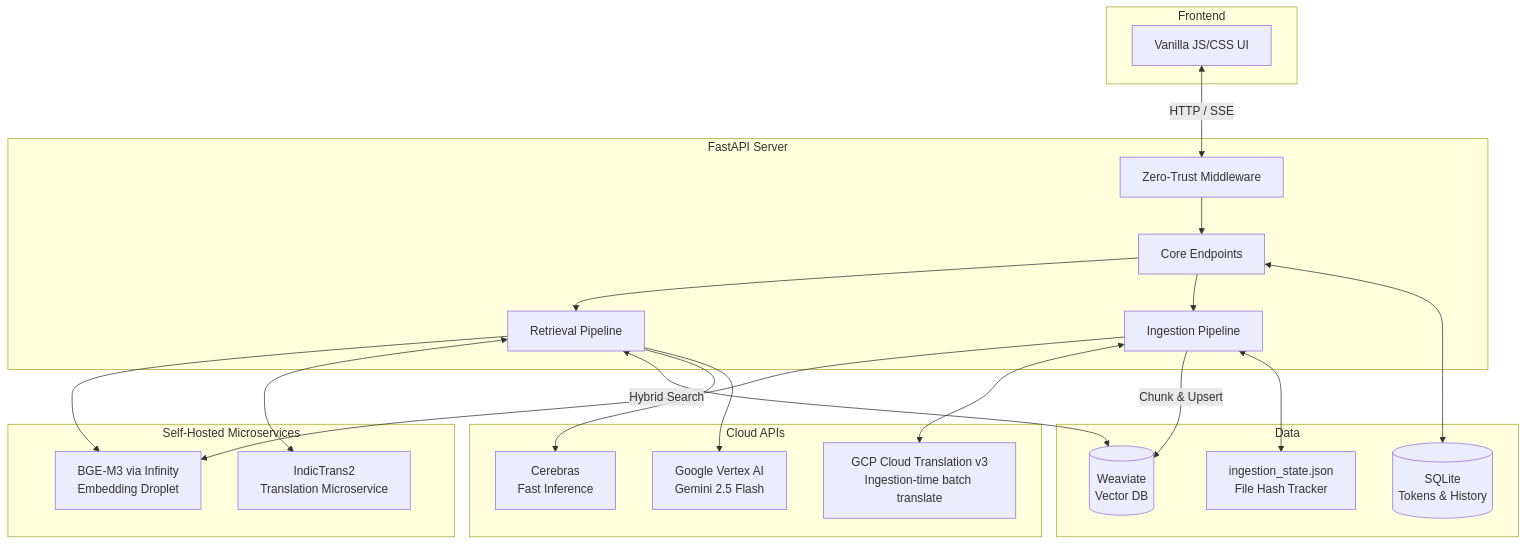
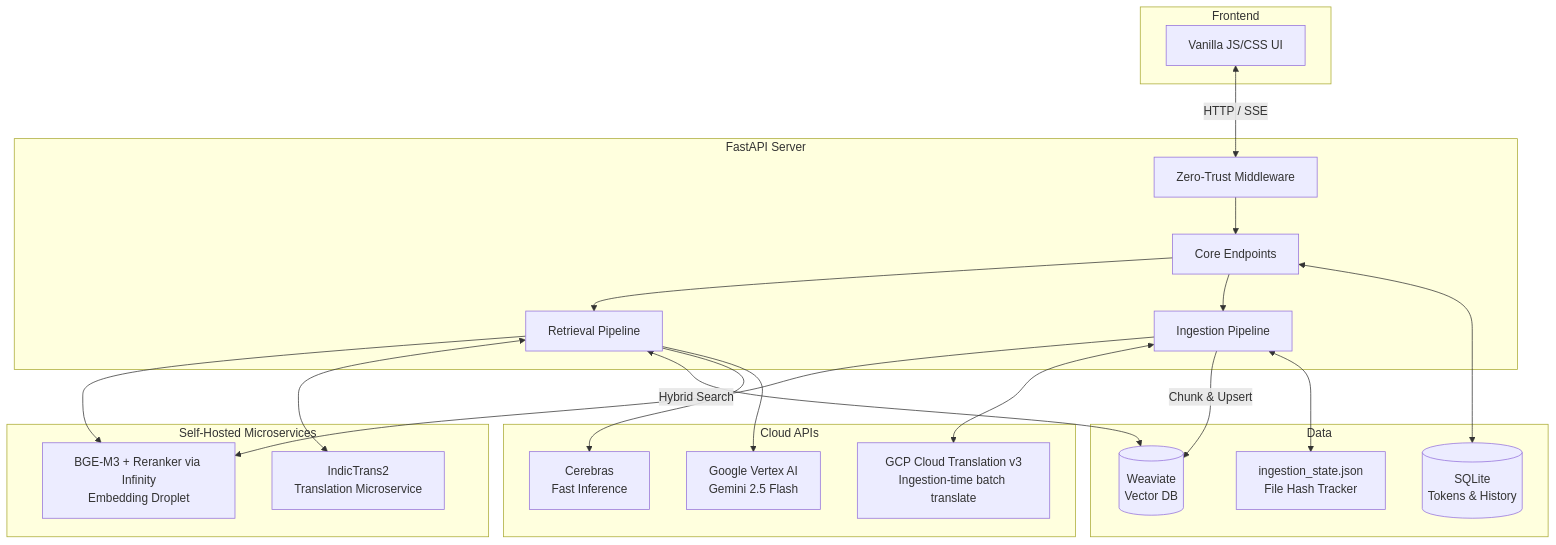
Before and after one commit to pushkqr/gov-assist-rag: the second of 2 diagrams in README.md, drawn with Mermaid. The commit also changed other lines of this file and 11 other files, not shown here.

````diff
--- a/README.md
+++ b/README.md
@@ -74,45 +77,45 @@
 ```mermaid
 graph TD
     subgraph Frontend
         UI[Vanilla JS/CSS UI]
     end
 
     subgraph Backend [FastAPI Server]
         API[Core Endpoints]
         Auth[Zero-Trust Middleware]
         Ingest[Ingestion Pipeline]
         Ret[Retrieval Pipeline]
     end
 
     subgraph Self-Hosted Microservices
-        BGE[BGE-M3 via Infinity\nEmbedding Droplet]
+        BGE[BGE-M3 + Reranker via Infinity\nEmbedding Droplet]
         IT2[IndicTrans2\nTranslation Microservice]
     end
 
     subgraph Data
         Weaviate[(Weaviate\nVector DB)]
         SQLite[(SQLite\nTokens & History)]
         State[ingestion_state.json\nFile Hash Tracker]
     end
 
     subgraph Cloud APIs
         Gemini[Google Vertex AI\nGemini 2.5 Flash]
         Cerebras[Cerebras\nFast Inference]
         GCPTrans[GCP Cloud Translation v3\nIngestion-time batch translate]
     end
 
     UI <-->|HTTP / SSE| Auth
     Auth --> API
     API --> Ret
     API --> Ingest
     API <--> SQLite
     Ret --> BGE
     Ingest --> BGE
     Ret <--> IT2
     Ingest <--> GCPTrans
     Ret <-->|Hybrid Search| Weaviate
     Ingest -->|Chunk & Upsert| Weaviate
     Ingest <--> State
     Ret --> Cerebras
     Ret --> Gemini
 ```
````
